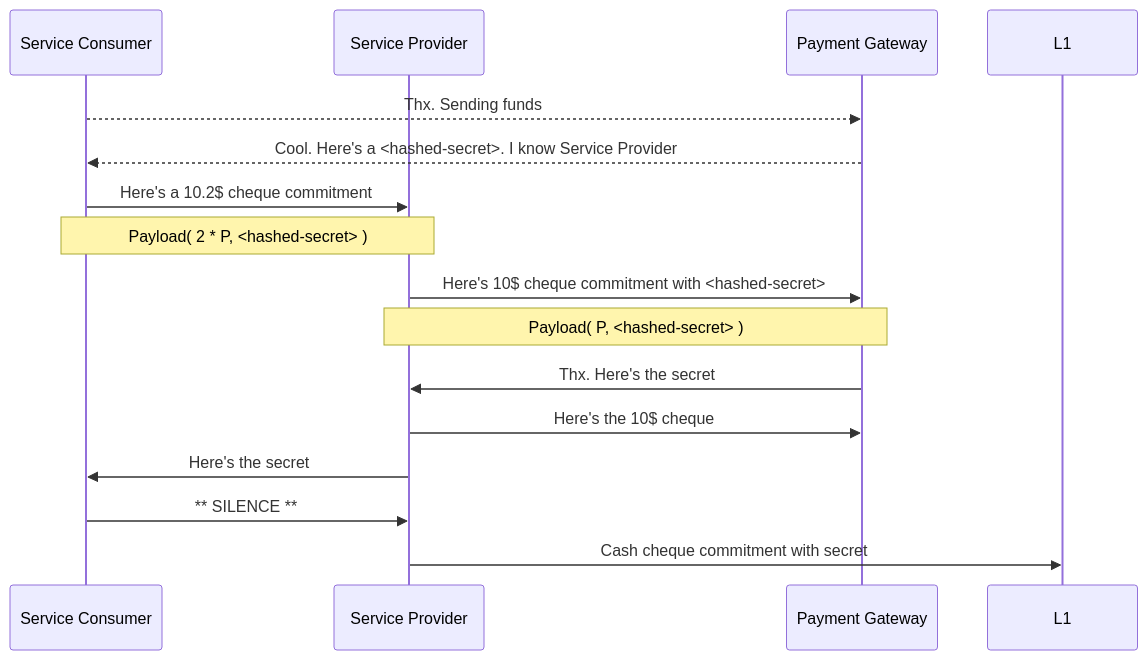
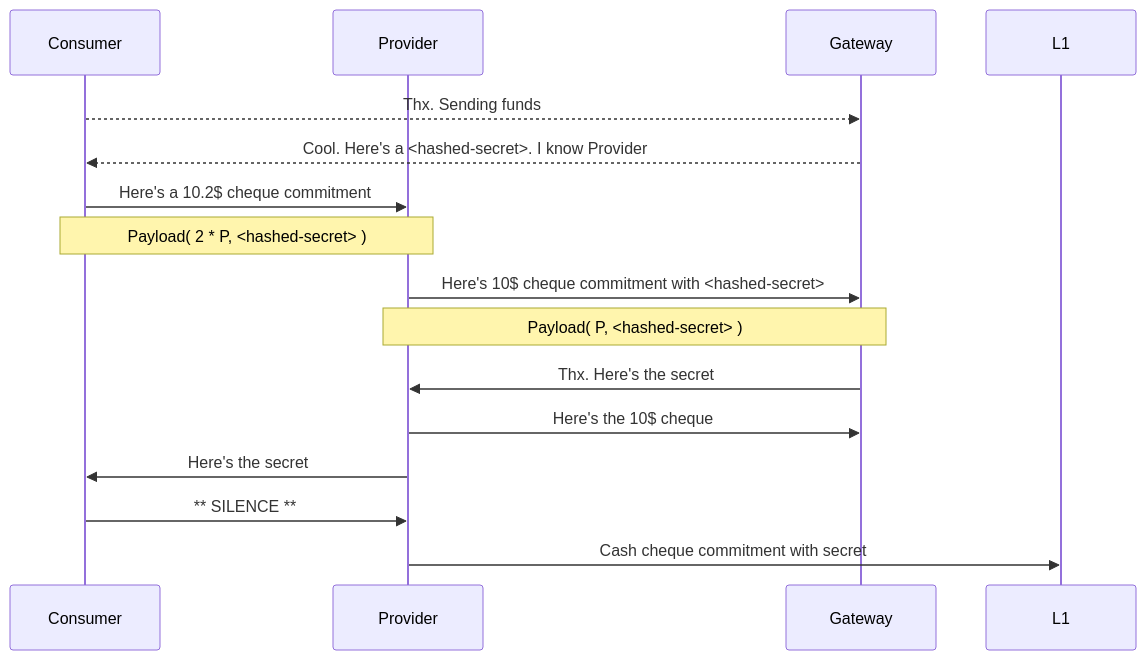
One commit to colll78/cardano-lightning changed the third of 4 diagrams in docs/design-notes.md. Above: the diagram before and after it, drawn with Mermaid. The commit also changed other lines of this file, not shown here.

````diff
--- a/docs/design-notes.md
+++ b/docs/design-notes.md
@@ -118,18 +118,18 @@
 ```mermaid
  sequenceDiagram
-  participant Service Consumer
-  participant Service Provider
-  participant Payment Gateway
+  participant Consumer
+  participant Provider
+  participant Gateway
 
-  Service Consumer-->>Payment Gateway: Thx. Sending funds
-  Payment Gateway-->>Service Consumer: Cool. Here's a <hashed-secret>. I know Service Provider
-  Service Consumer->>Service Provider: Here's a 10.2$ cheque commitment
-  Note over Service Consumer,Service Provider: Payload( 2 * P, <hashed-secret> )
-  Service Provider->>Payment Gateway: Here's 10$ cheque commitment with <hashed-secret>
-  Note over Service Provider,Payment Gateway: Payload( P, <hashed-secret> )
-  Payment Gateway->>Service Provider: Thx. Here's the secret
-  Service Provider->>Payment Gateway: Here's the 10$ cheque
-  Service Provider->>Service Consumer: Here's the secret
-  Service Consumer->>Service Provider: ** SILENCE **
-  Service Provider->>L1: Cash cheque commitment with secret
+  Consumer-->>Gateway: Thx. Sending funds
+  Gateway-->>Consumer: Cool. Here's a <hashed-secret>. I know Provider
+  Consumer->>Provider: Here's a 10.2$ cheque commitment
+  Note over Consumer,Provider: Payload( 2 * P, <hashed-secret> )
+  Provider->>Gateway: Here's 10$ cheque commitment with <hashed-secret>
+  Note over Provider,Gateway: Payload( P, <hashed-secret> )
+  Gateway->>Provider: Thx. Here's the secret
+  Provider->>Gateway: Here's the 10$ cheque
+  Provider->>Consumer: Here's the secret
+  Consumer->>Provider: ** SILENCE **
+  Provider->>L1: Cash cheque commitment with secret
 ```
````
